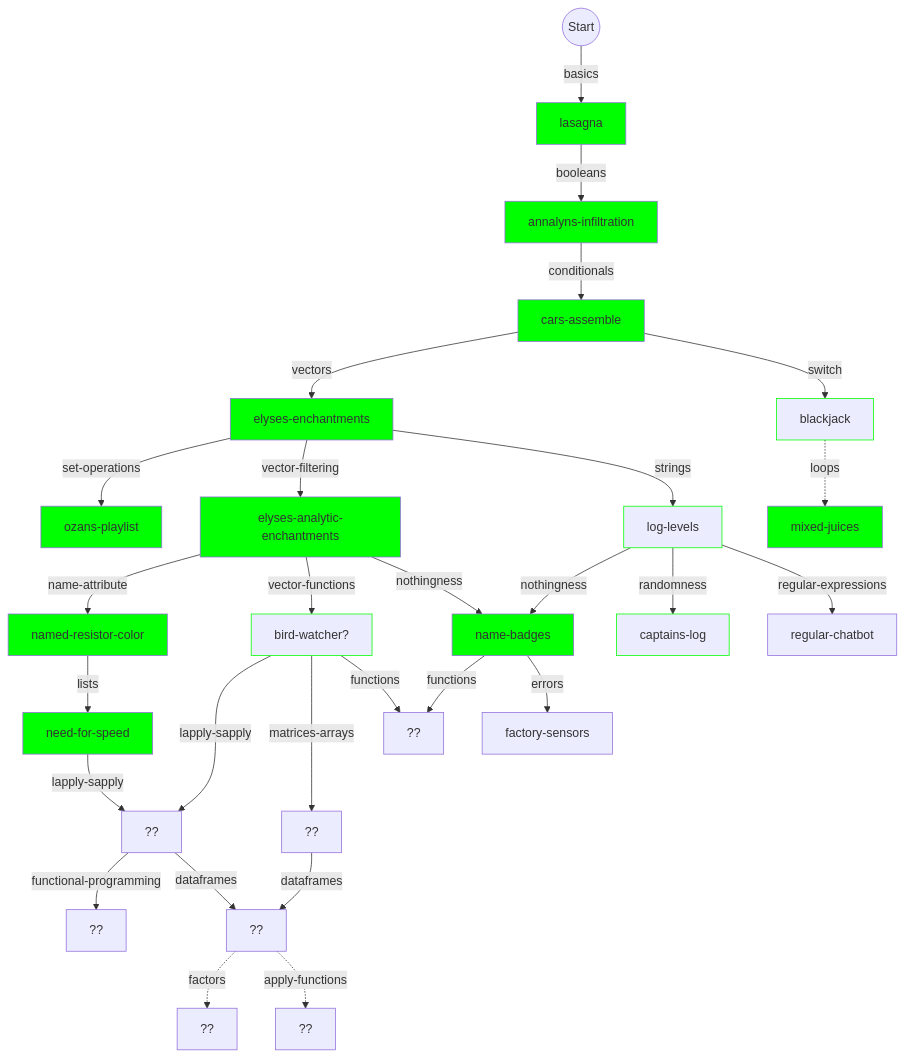
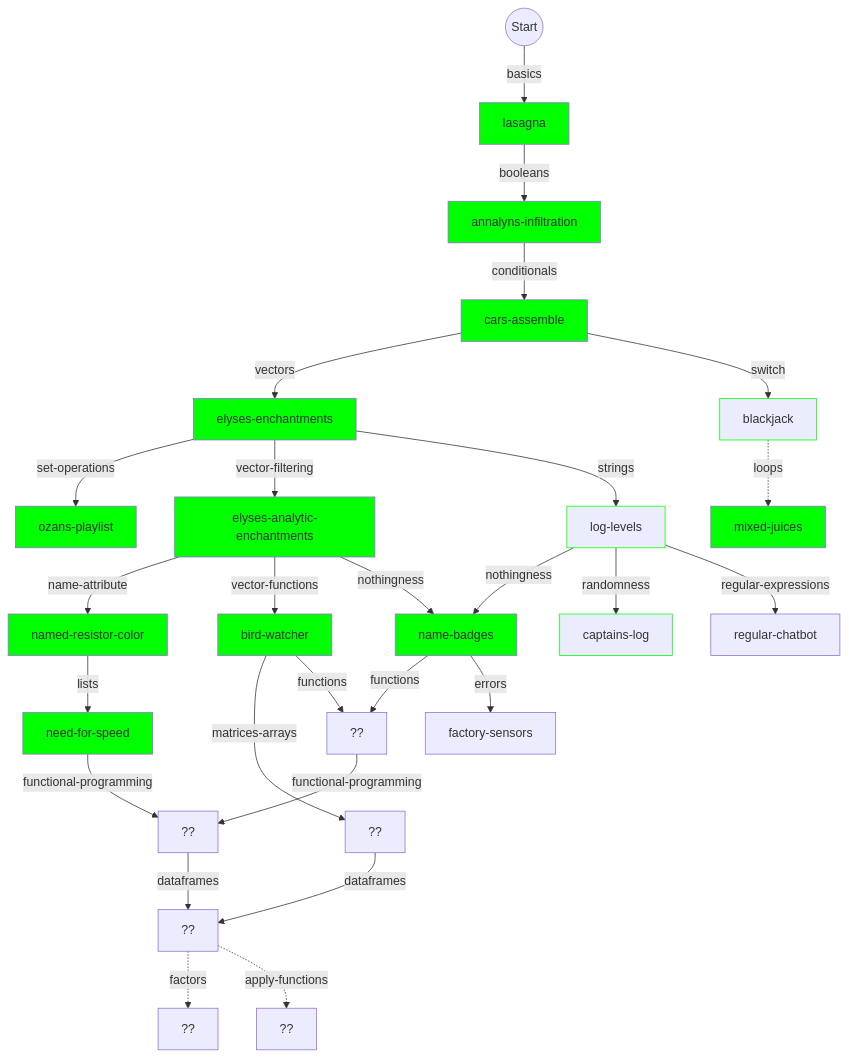
The first of 2 diagrams in r/flowchart.md (colinleach/learning-track-doodles), drawn with Mermaid before and after one commit. The commit also changed 5 other files, not shown here.

````diff
--- a/r/flowchart.md
+++ b/r/flowchart.md
@@ -10,70 +10,68 @@
 ```mermaid
 graph TD
     
 start(("Start")) --basics--> basics["lasagna"]
 style basics fill:#0f0
 
 basics --booleans--> booleans["annalyns-infiltration"]
 style booleans fill:#0f0
 
 booleans --conditionals--> conditionals["cars-assemble"]
 style conditionals fill:#0f0
 
 conditionals --vectors--> vectors["elyses-enchantments"]
 style vectors fill:#0f0
 
 switch -.loops.-> loops["mixed-juices"]
 style loops fill:#0f0
 
 conditionals --switch--> switch["blackjack"]
 style switch stroke:#0f0
 
 vectors --set-operations--> set-operations["ozans-playlist"]
 style set-operations fill:#0f0
 
 name-attribute --lists--> lists["need-for-speed"]
 style lists fill:#0f0
 
 vectors --vector-filtering--> vector-filtering["elyses-analytic-enchantments"]
 style vector-filtering fill:#0f0
 
 vector-filtering --name-attribute--> name-attribute["named-resistor-color"]
 style name-attribute fill:#0f0
 
-vector-filtering --vector-functions--> vector-functions["bird-watcher?"]
-style vector-functions stroke:#0f0
+vector-filtering --vector-functions--> vector-functions["bird-watcher"]
+style vector-functions fill:#0f0
 
 vectors --strings--> strings["log-levels"]
 style strings stroke:#0f0
 
 vector-filtering --nothingness--> nothingness["name-badges"]
 strings --nothingness--> nothingness["name-badges"]
 style nothingness fill:#0f0
 
 strings --randomness--> randomness["captains-log"]
 style randomness stroke:#0f0
 
 strings --regular-expressions--> regular-expressions["regular-chatbot"]
 
-lists --lapply-sapply--> lapply-sapply["??"]
+lists --functional-programming--> functional-programming["??"]
 
-vector-functions --lapply-sapply--> lapply-sapply["??"]
-
-lapply-sapply --functional-programming--> functional-programming["??"]
+functions --functional-programming--> functional-programming["??"]
 
 vector-functions --matrices-arrays--> matrices-arrays["??"]
 
-lapply-sapply --dataframes--> dataframes["??"]
+functional-programming --dataframes--> dataframes["??"]
 
 matrices-arrays --dataframes--> dataframes
 
 dataframes -.factors.-> factors["??"]
 
 dataframes -.apply-functions.-> apply-functions["??"]
 
 vector-functions --functions--> functions["??"]
 nothingness --functions--> functions["??"]
 
 nothingness --errors--> errors["factory-sensors "]
 
 ```
````
